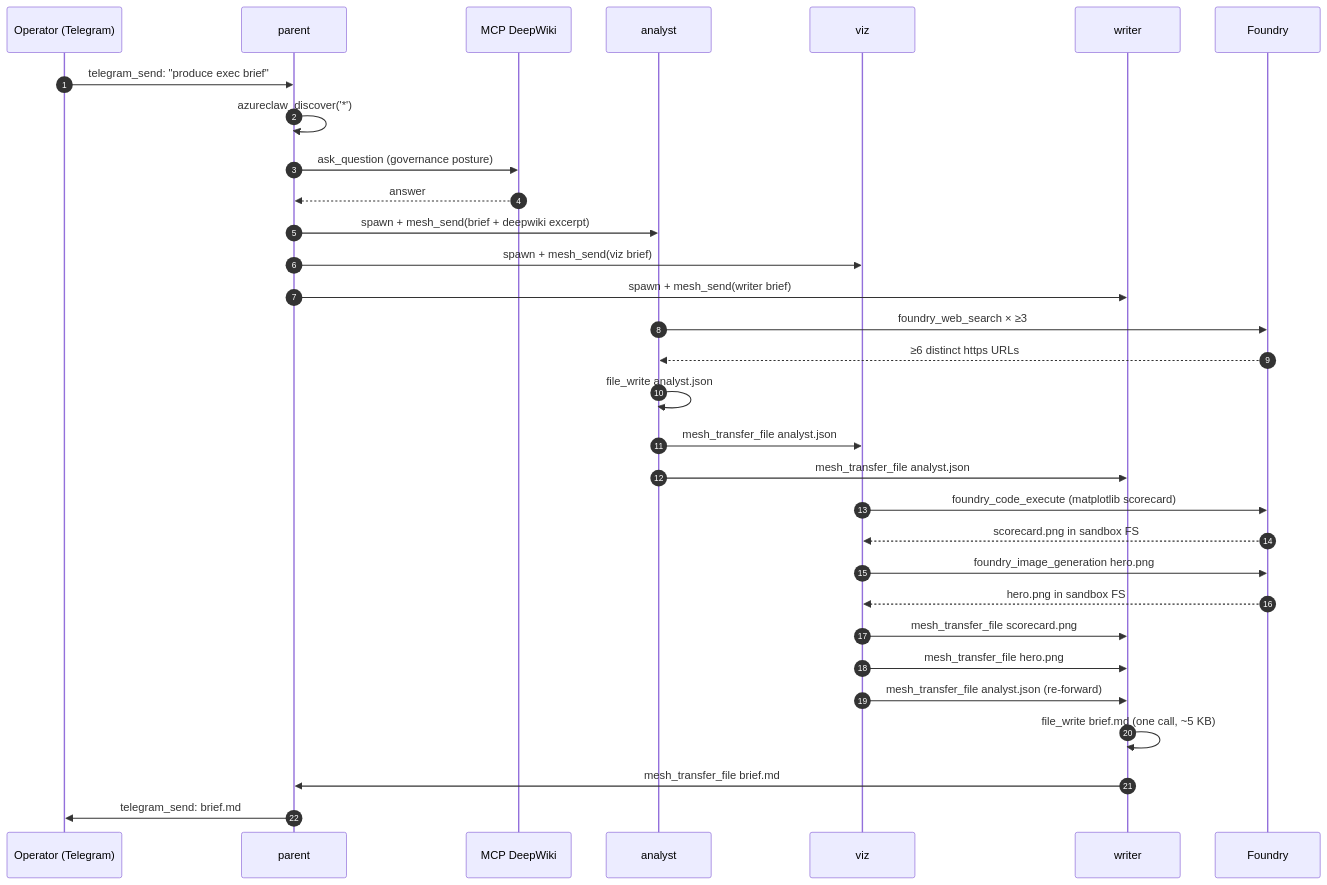
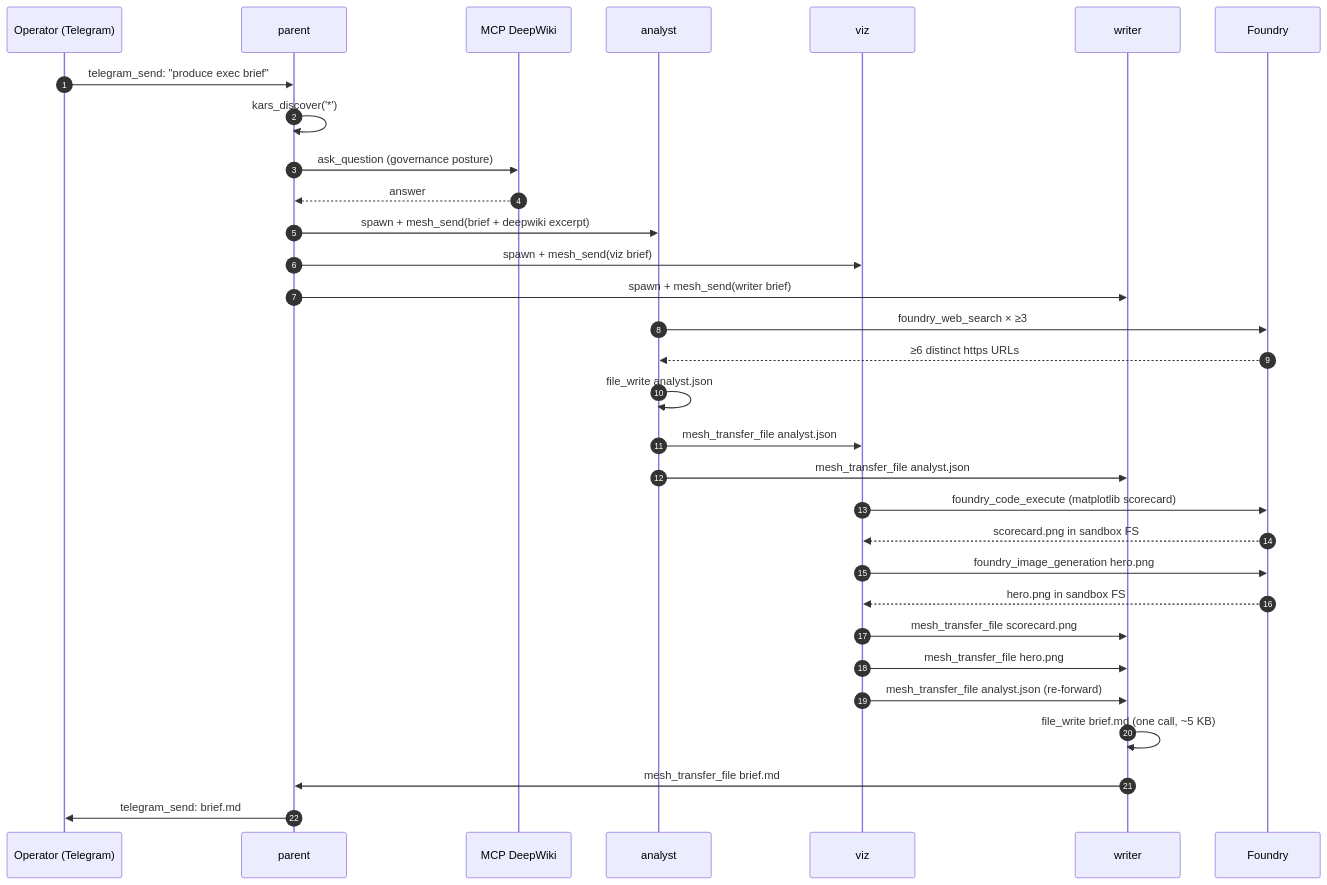
Before and after one commit to lachie83/kars: the second of 2 diagrams in docs/use-cases/exec-brief-walkthrough.md, drawn with Mermaid. The commit also changed other lines of this file and 694 other files, not shown here.

````diff
--- a/docs/use-cases/exec-brief-walkthrough.md
+++ b/docs/use-cases/exec-brief-walkthrough.md
@@ -50,34 +50,34 @@
 ```mermaid
 sequenceDiagram
   autonumber
   participant U as Operator (Telegram)
   participant P as parent
   participant DW as MCP DeepWiki
   participant A as analyst
   participant V as viz
   participant W as writer
   participant F as Foundry
 
   U->>P: telegram_send: "produce exec brief"
-  P->>P: azureclaw_discover('*')
+  P->>P: kars_discover('*')
   P->>DW: ask_question (governance posture)
   DW-->>P: answer
   P->>A: spawn + mesh_send(brief + deepwiki excerpt)
   P->>V: spawn + mesh_send(viz brief)
   P->>W: spawn + mesh_send(writer brief)
   A->>F: foundry_web_search × ≥3
   F-->>A: ≥6 distinct https URLs
   A->>A: file_write analyst.json
   A->>V: mesh_transfer_file analyst.json
   A->>W: mesh_transfer_file analyst.json
   V->>F: foundry_code_execute (matplotlib scorecard)
   F-->>V: scorecard.png in sandbox FS
   V->>F: foundry_image_generation hero.png
   F-->>V: hero.png in sandbox FS
   V->>W: mesh_transfer_file scorecard.png
   V->>W: mesh_transfer_file hero.png
   V->>W: mesh_transfer_file analyst.json (re-forward)
   W->>W: file_write brief.md (one call, ~5 KB)
   W->>P: mesh_transfer_file brief.md
   P->>U: telegram_send: brief.md
 ```
````
